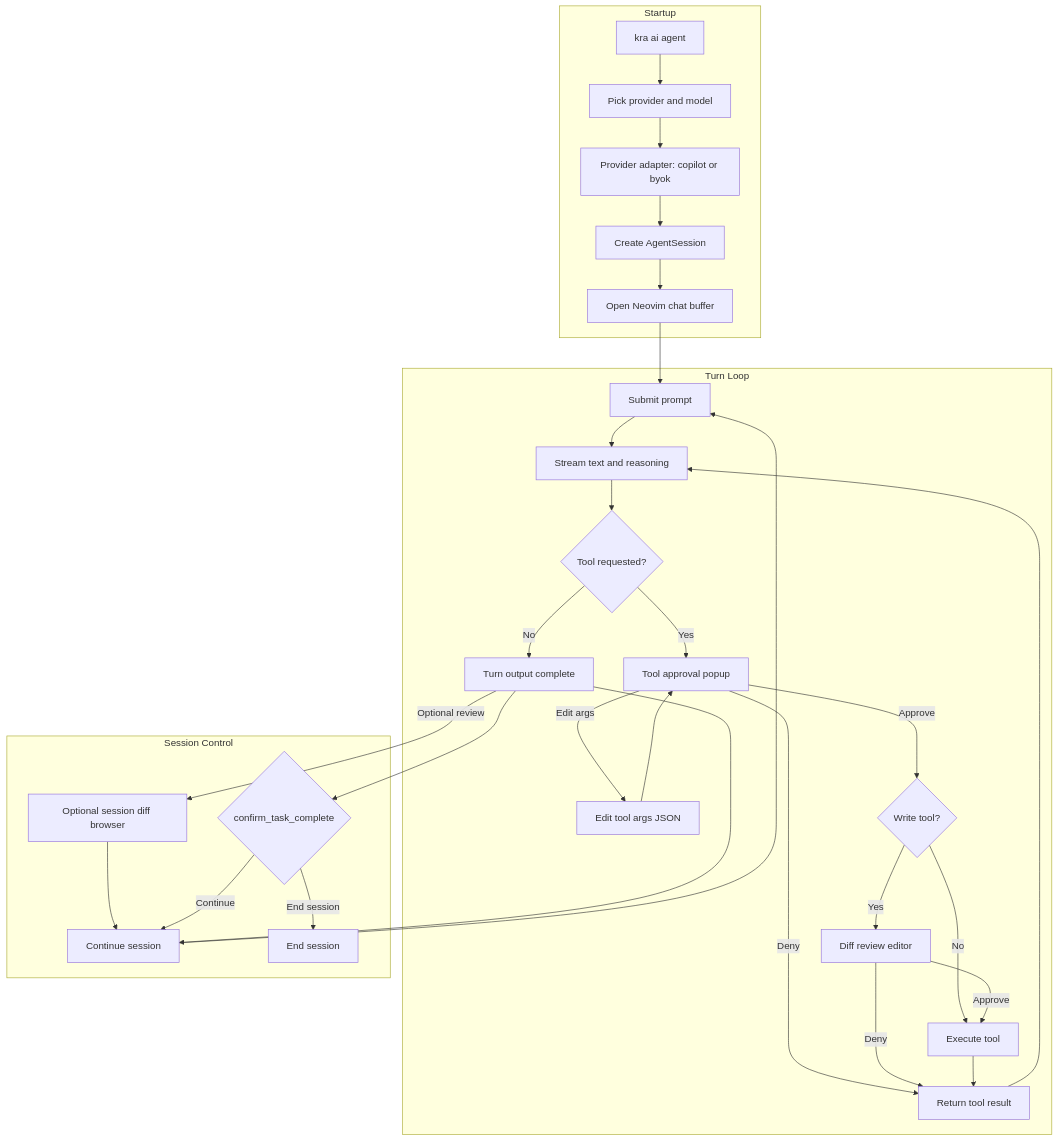
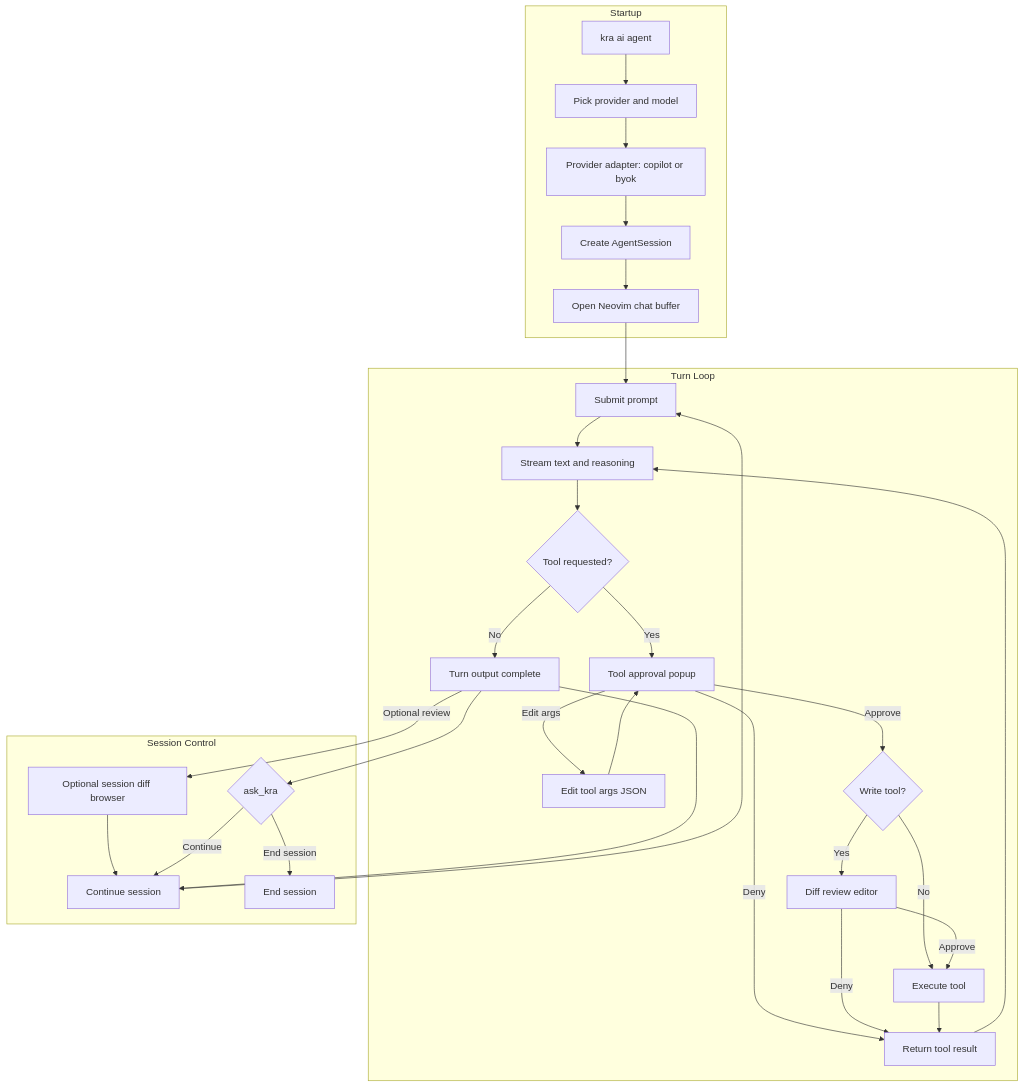
The diagram in AGENT.md (ChrisRistoff/kra-tmux), drawn with Mermaid before and after one commit. The commit also changed other lines of this file and 21 other files, not shown here.

````diff
--- a/AGENT.md
+++ b/AGENT.md
@@ -82,55 +82,55 @@
 ```mermaid
 graph TB
     subgraph "Startup"
         START[kra ai agent]
         PICK[Pick provider and model]
         ADAPTER[Provider adapter: copilot or byok]
         SESSION[Create AgentSession]
         NVIM[Open Neovim chat buffer]
         START --> PICK --> ADAPTER --> SESSION --> NVIM
     end
 
     subgraph "Turn Loop"
         PROMPT[Submit prompt]
         STREAM[Stream text and reasoning]
         TOOLQ{Tool requested?}
         APPROVAL[Tool approval popup]
         ARGS[Edit tool args JSON]
         WRITE{Write tool?}
         DIFF[Diff review editor]
         EXEC[Execute tool]
         RESULT[Return tool result]
         DONE[Turn output complete]
 
         PROMPT --> STREAM --> TOOLQ
         TOOLQ -- No --> DONE
         TOOLQ -- Yes --> APPROVAL
 
         APPROVAL -- Edit args --> ARGS
         ARGS --> APPROVAL
         APPROVAL -- Deny --> RESULT
         APPROVAL -- Approve --> WRITE
         WRITE -- No --> EXEC
         WRITE -- Yes --> DIFF
         DIFF -- Approve --> EXEC
         DIFF -- Deny --> RESULT
 
         EXEC --> RESULT --> STREAM
     end
 
     subgraph "Session Control"
         CONTINUE[Continue session]
         SDIFF[Optional session diff browser]
-        CONFIRM{confirm_task_complete}
+        CONFIRM{ask_kra}
         END[End session]
 
         DONE --> CONTINUE --> PROMPT
         DONE -- Optional review --> SDIFF
         SDIFF --> CONTINUE
         DONE --> CONFIRM
         CONFIRM -- Continue --> CONTINUE
         CONFIRM -- End session --> END
     end
 
     NVIM --> PROMPT
 ```
````
